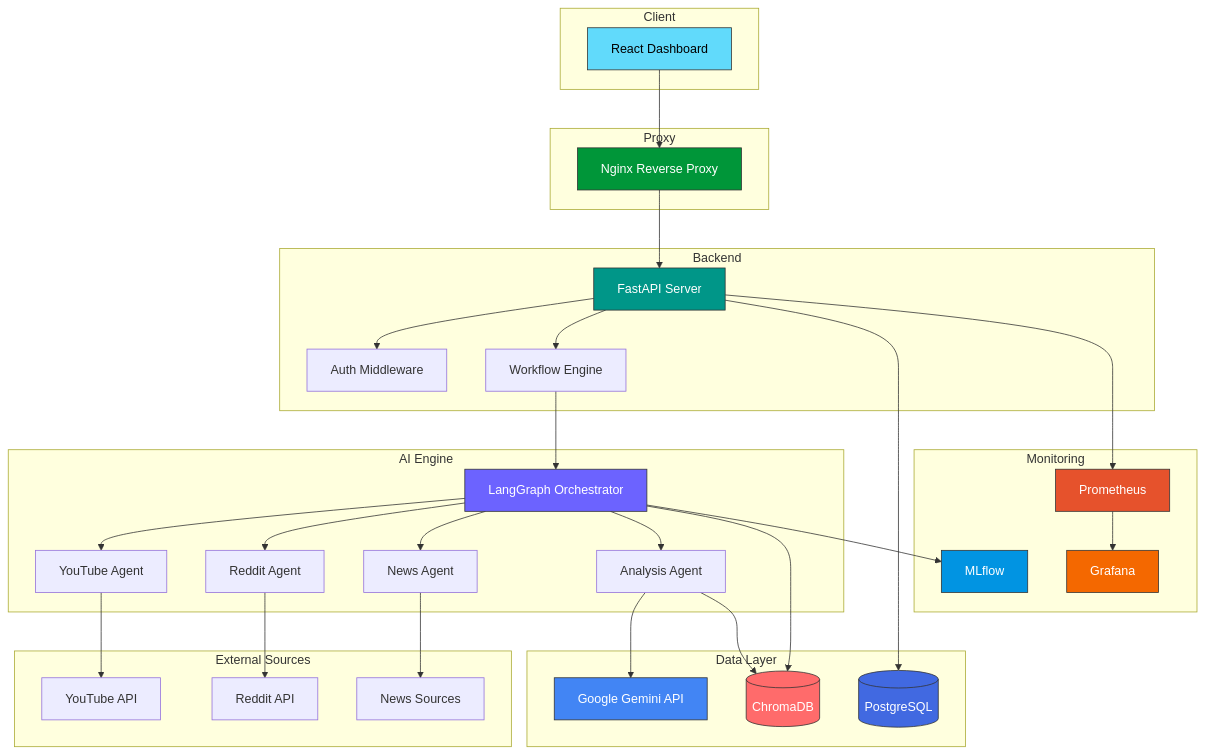
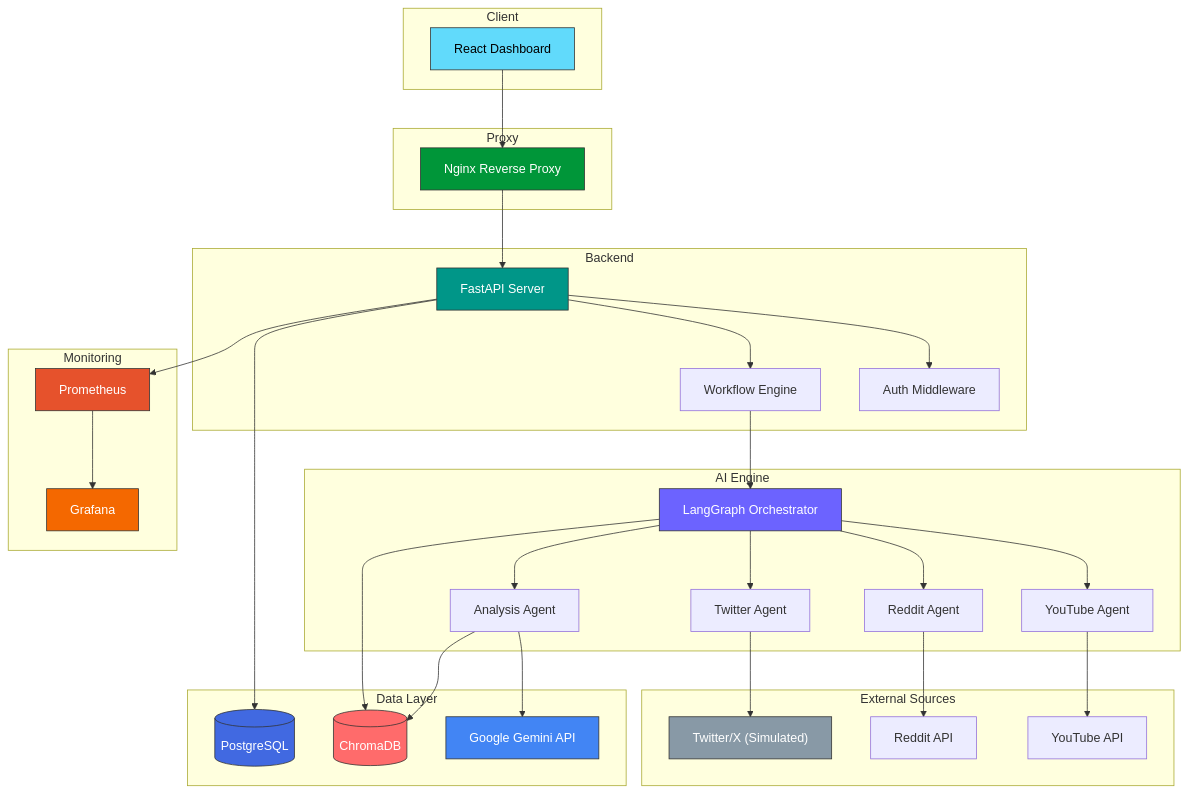
One commit to TRITUSLegend/OpinionMap changed the diagram in README.md. Above: the diagram before and after it, drawn with Mermaid. The commit also changed other lines of this file, not shown here.

````diff
--- a/README.md
+++ b/README.md
@@ -87,70 +87,68 @@
 ```mermaid
 graph TB
     subgraph Client
         UI[React Dashboard]
     end
 
     subgraph Proxy
         NG[Nginx Reverse Proxy]
     end
 
     subgraph Backend
         API[FastAPI Server]
         AUTH[Auth Middleware]
         WF[Workflow Engine]
     end
 
     subgraph AI Engine
         LG[LangGraph Orchestrator]
         YTA[YouTube Agent]
         RDA[Reddit Agent]
-        NWA[News Agent]
+        TWA[Twitter Agent]
         ANA[Analysis Agent]
     end
 
     subgraph Data Layer
         PG[(PostgreSQL)]
         CR[(ChromaDB)]
         GEM[Google Gemini API]
     end
 
     subgraph Monitoring
         PROM[Prometheus]
         GRAF[Grafana]
-        MLF[MLflow]
     end
 
     subgraph External Sources
         YT[YouTube API]
         RD[Reddit API]
-        NW[News Sources]
+        TW["Twitter/X (Simulated)"]
     end
 
     UI --> NG
     NG --> API
     API --> AUTH
     API --> WF
     WF --> LG
-    LG --> YTA & RDA & NWA & ANA
+    LG --> YTA & RDA & TWA & ANA
     YTA --> YT
     RDA --> RD
-    NWA --> NW
+    TWA --> TW
     ANA --> GEM
     ANA --> CR
     API --> PG
     LG --> CR
     API --> PROM
     PROM --> GRAF
-    LG --> MLF
 
     style UI fill:#61DAFB,stroke:#333,color:#000
     style NG fill:#009639,stroke:#333,color:#fff
     style API fill:#009688,stroke:#333,color:#fff
     style LG fill:#6C63FF,stroke:#333,color:#fff
     style PG fill:#4169E1,stroke:#333,color:#fff
     style CR fill:#FF6B6B,stroke:#333,color:#fff
     style GEM fill:#4285F4,stroke:#333,color:#fff
     style PROM fill:#E6522C,stroke:#333,color:#fff
     style GRAF fill:#F46800,stroke:#333,color:#fff
-    style MLF fill:#0194E2,stroke:#333,color:#fff
+    style TW fill:#8899A6,stroke:#333,color:#fff
 ```
````
